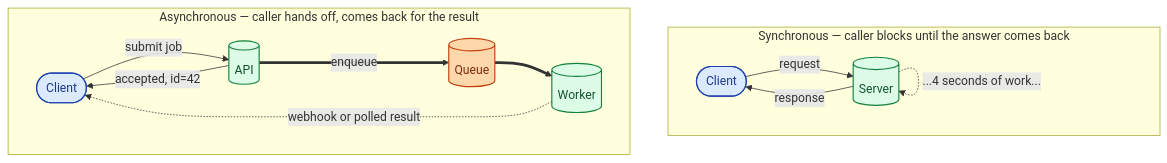
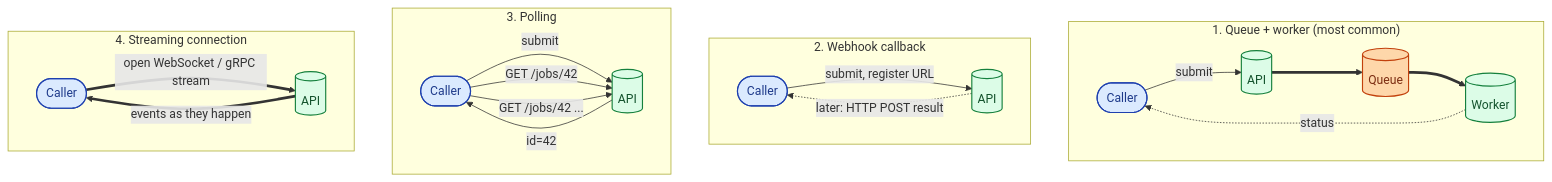
The third of 3 diagrams in _sd_concepts/005-sync-vs-async.md (shiningflash/shiningflash.github.io), drawn with Mermaid before and after one commit. The commit also changed other lines of this file and 5 other files, not shown here.

````diff
--- a/_sd_concepts/005-sync-vs-async.md
+++ b/_sd_concepts/005-sync-vs-async.md
@@ -22,28 +69,34 @@
 ```mermaid
 flowchart TB
-    subgraph SYNC["Synchronous — caller blocks until the answer comes back"]
+    subgraph QUEUE["1. Queue + worker (most common)"]
         direction LR
-        SC(["Client"]):::client
-        SS[("Server")]:::server
-        SC -->|"request"| SS
-        SS -.->|"...4 seconds of work..."| SS
-        SS -->|"response"| SC
+        QC(["Caller"]):::client -->|"submit"| QA[("API")]:::server
+        QA ==> QQ[("Queue")]:::queue
+        QQ ==> QW[("Worker")]:::server
+        QW -.->|"status"| QC
     end
 
-    subgraph ASYNC["Asynchronous — caller hands off, comes back for the result"]
+    subgraph WEBHOOK["2. Webhook callback"]
         direction LR
-        AC(["Client"]):::client
-        AS[("API")]:::server
-        Q[("Queue")]:::queue
-        W[("Worker")]:::server
-        AC -->|"submit job"| AS
-        AS -->|"accepted, id=42"| AC
-        AS ==>|"enqueue"| Q
-        Q ==> W
-        W -.->|"webhook or polled result"| AC
+        WC(["Caller"]):::client -->|"submit, register URL"| WA[("API")]:::server
+        WA -.->|"later: HTTP POST result"| WC
+    end
+
+    subgraph POLL["3. Polling"]
+        direction LR
+        PC(["Caller"]):::client -->|"submit"| PA[("API")]:::server
+        PA -->|"id=42"| PC
+        PC -->|"GET /jobs/42"| PA
+        PC -->|"GET /jobs/42 ..."| PA
+    end
+
+    subgraph STREAM["4. Streaming connection"]
+        direction LR
+        SC(["Caller"]):::client ==>|"open WebSocket / gRPC stream"| SA[("API")]:::server
+        SA ==>|"events as they happen"| SC
     end
 
     classDef client fill:#dbeafe,stroke:#1e40af,color:#1e3a8a,stroke-width:1.5px
     classDef server fill:#dcfce7,stroke:#15803d,color:#14532d,stroke-width:1.5px
     classDef queue fill:#fed7aa,stroke:#c2410c,color:#7c2d12,stroke-width:1.5px
 ```
````
